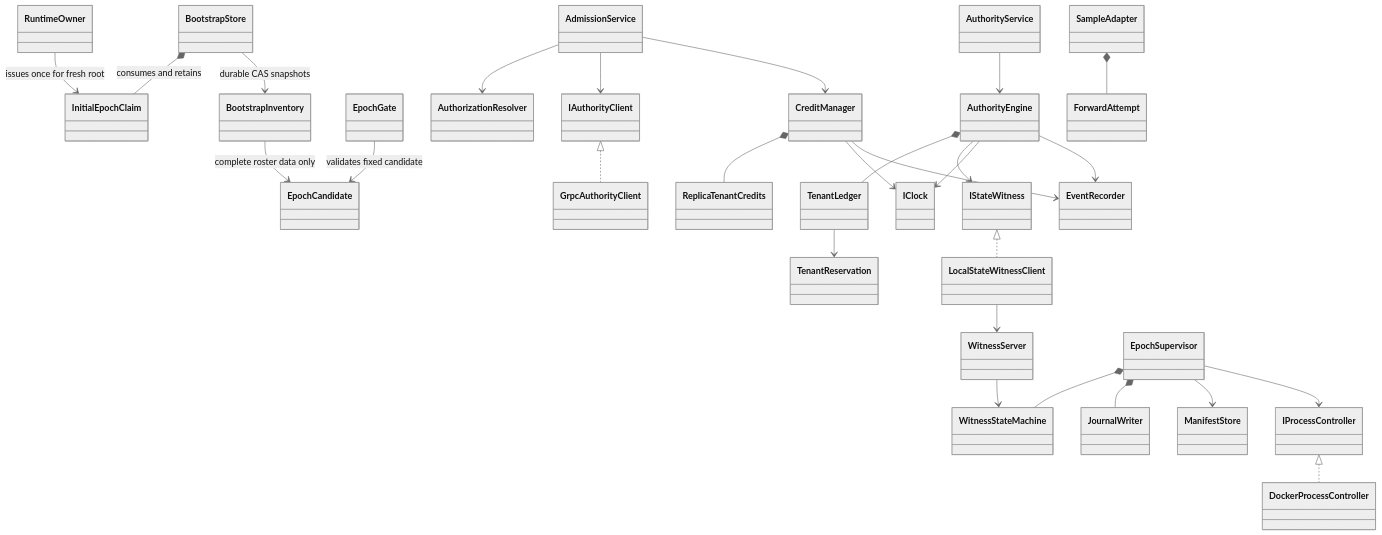
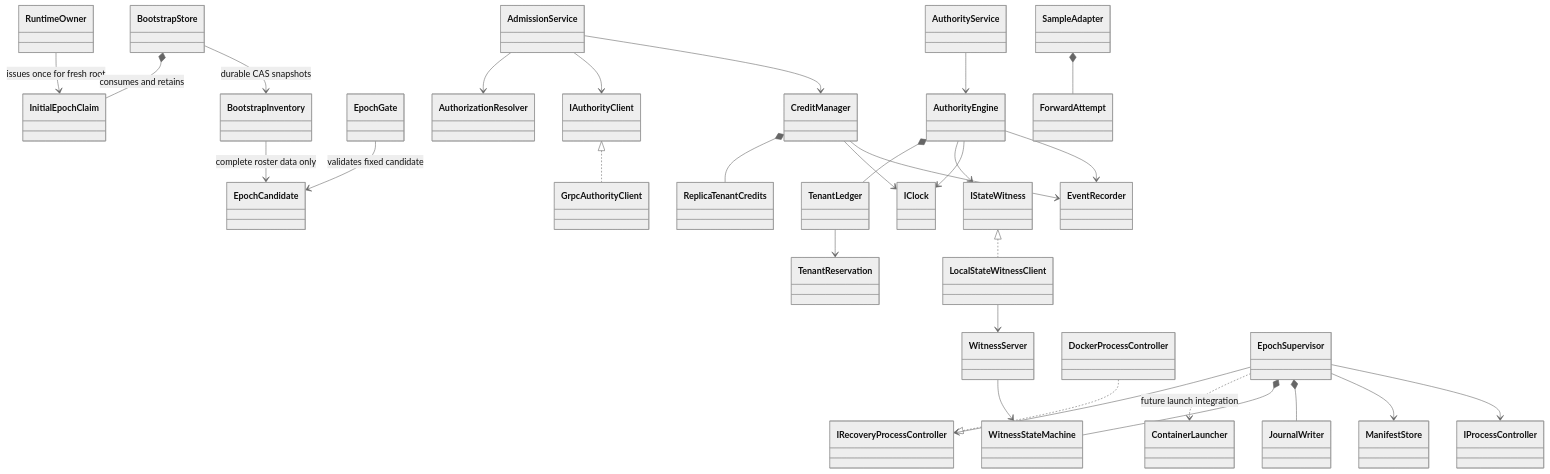
The third of 4 diagrams in docs/LLD.md (kshiteesh28/DistributedRateGuard), drawn with Mermaid (neutral theme) before and after one commit. The commit also changed other lines of this file and 8 other files, not shown here.

Commit message:
docs(supervisor): record qualified Docker control and LLD 11 boundaries

````diff
--- a/docs/LLD.md
+++ b/docs/LLD.md
@@ -576,30 +580,32 @@
 ```mermaid
 classDiagram
   RuntimeOwner --> InitialEpochClaim : issues once for fresh root
   BootstrapStore *-- InitialEpochClaim : consumes and retains
   BootstrapStore --> BootstrapInventory : durable CAS snapshots
   BootstrapInventory --> EpochCandidate : complete roster data only
   EpochGate --> EpochCandidate : validates fixed candidate
   AdmissionService --> AuthorizationResolver
   AdmissionService --> IAuthorityClient
   AdmissionService --> CreditManager
   CreditManager *-- ReplicaTenantCredits
   AuthorityService --> AuthorityEngine
   AuthorityEngine *-- TenantLedger
   TenantLedger --> TenantReservation
   AuthorityEngine --> IStateWitness
   IStateWitness <|.. LocalStateWitnessClient
   LocalStateWitnessClient --> WitnessServer
   WitnessServer --> WitnessStateMachine
   IAuthorityClient <|.. GrpcAuthorityClient
-  IProcessController <|.. DockerProcessController
+  DockerProcessController ..|> IRecoveryProcessController
+  EpochSupervisor --> IRecoveryProcessController
+  EpochSupervisor ..> ContainerLauncher : future launch integration
   EpochSupervisor *-- WitnessStateMachine
   EpochSupervisor *-- JournalWriter
   EpochSupervisor --> ManifestStore
   EpochSupervisor --> IProcessController
   AuthorityEngine --> IClock
   CreditManager --> IClock
   SampleAdapter *-- ForwardAttempt
   AuthorityEngine --> EventRecorder
   CreditManager --> EventRecorder
 ```
````
